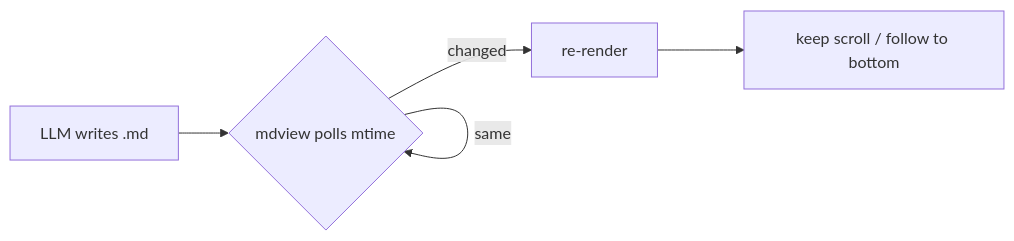
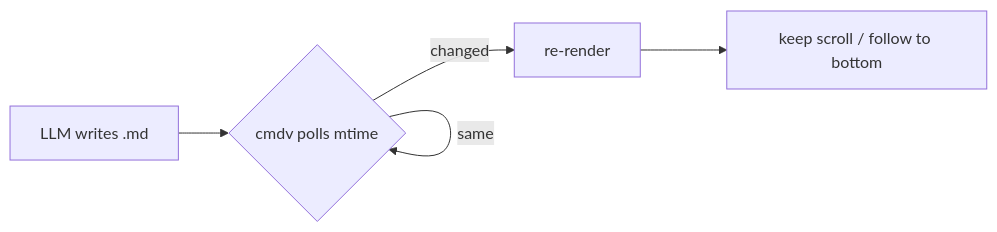
One commit to colinoflynn/colins-markdown-viewer changed the first of 2 diagrams in samples/demo.md. Above: the diagram before and after it, drawn with Mermaid. The commit also changed other lines of this file and 8 other files, not shown here.

````diff
--- a/samples/demo.md
+++ b/samples/demo.md
@@ -93,7 +93,7 @@
 ```mermaid
 flowchart LR
-    A[LLM writes .md] --> B{mdview polls mtime}
+    A[LLM writes .md] --> B{cmdv polls mtime}
     B -- changed --> C[re-render]
     C --> D[keep scroll / follow to bottom]
     B -- same --> B
 ```
````
